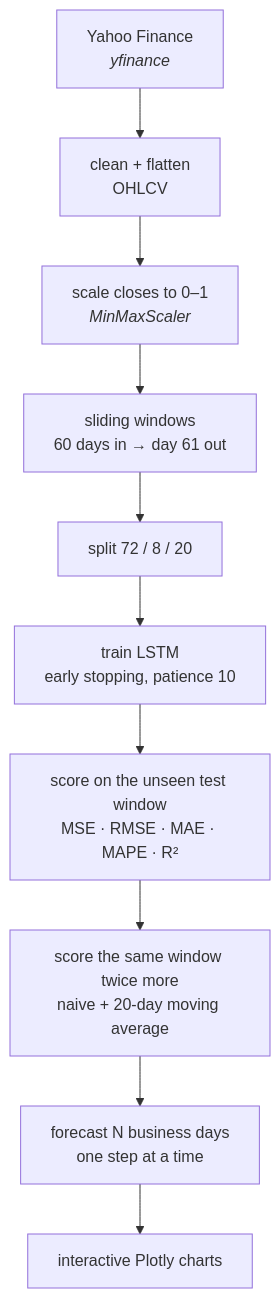
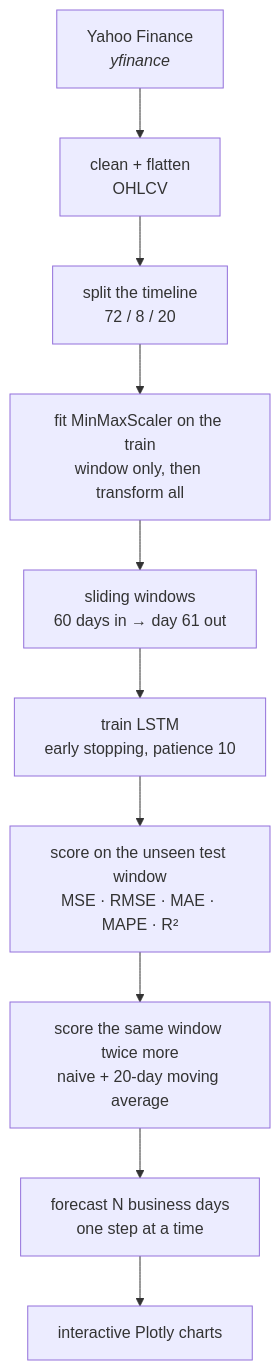
Before and after one commit to c0k0n/lstm-trend: the first of 3 diagrams in README.md, drawn with Mermaid. The commit also changed other lines of this file and 6 other files, not shown here.

````diff
--- a/README.md
+++ b/README.md
@@ -17,12 +17,12 @@
 ```mermaid
 flowchart TD
     Y["Yahoo Finance<br/><i>yfinance</i>"] --> DL["clean + flatten<br/>OHLCV"]
-    DL --> SC["scale closes to 0–1<br/><i>MinMaxScaler</i>"]
+    DL --> SP["split the timeline<br/>72 / 8 / 20"]
+    SP --> SC["fit MinMaxScaler on the train<br/>window only, then transform all"]
     SC --> SQ["sliding windows<br/>60 days in → day 61 out"]
-    SQ --> SP["split 72 / 8 / 20"]
-    SP --> TR["train LSTM<br/>early stopping, patience 10"]
+    SQ --> TR["train LSTM<br/>early stopping, patience 10"]
     TR --> EV["score on the unseen test window<br/>MSE · RMSE · MAE · MAPE · R²"]
     EV --> BS["score the same window twice more<br/>naive + 20-day moving average"]
     BS --> FC["forecast N business days<br/>one step at a time"]
     FC --> UI["interactive Plotly charts"]
 ```
````
